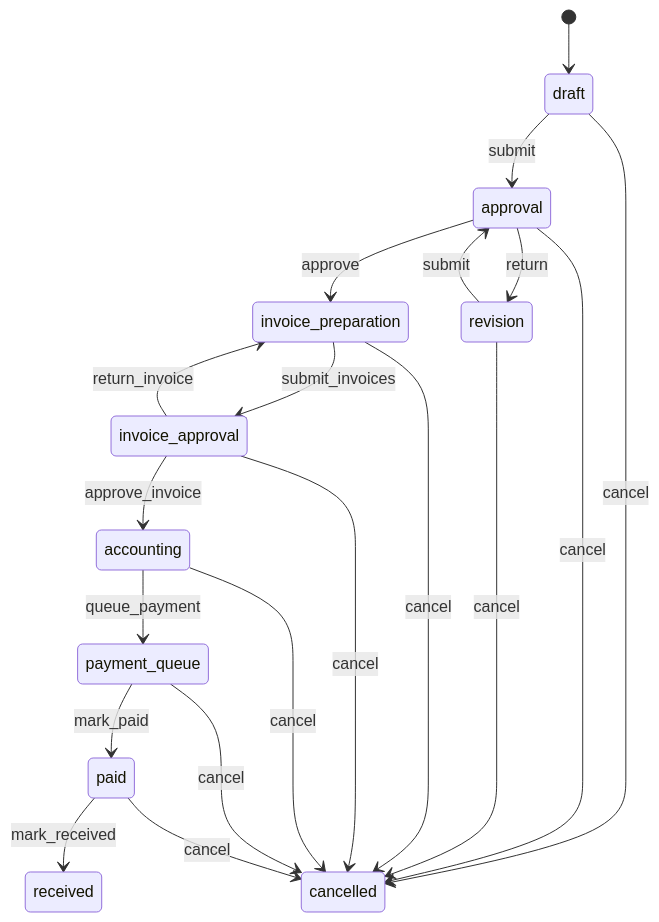
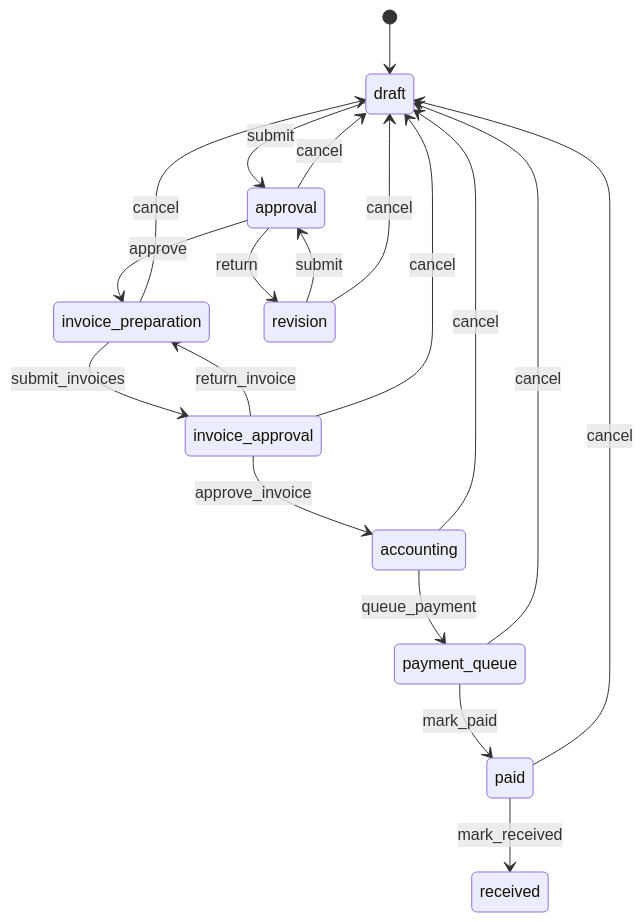
Before and after one commit to dimnok/projectgt: the diagram in docs/purchase_requests/purchase_requests_module.md, drawn with Mermaid. The commit also changed other lines of this file and 8 other files, not shown here.

````diff
--- a/docs/purchase_requests/purchase_requests_module.md
+++ b/docs/purchase_requests/purchase_requests_module.md
@@ -631,22 +632,21 @@
 ```mermaid
 stateDiagram-v2
     [*] --> draft
     draft --> approval: submit
     approval --> invoice_preparation: approve
     approval --> revision: return
     revision --> approval: submit
     invoice_preparation --> invoice_approval: submit_invoices
     invoice_approval --> accounting: approve_invoice
     invoice_approval --> invoice_preparation: return_invoice
     accounting --> payment_queue: queue_payment
     payment_queue --> paid: mark_paid
     paid --> received: mark_received
-    draft --> cancelled: cancel
-    approval --> cancelled: cancel
-    revision --> cancelled: cancel
-    invoice_preparation --> cancelled: cancel
-    invoice_approval --> cancelled: cancel
-    accounting --> cancelled: cancel
-    payment_queue --> cancelled: cancel
-    paid --> cancelled: cancel
+    approval --> draft: cancel
+    revision --> draft: cancel
+    invoice_preparation --> draft: cancel
+    invoice_approval --> draft: cancel
+    accounting --> draft: cancel
+    payment_queue --> draft: cancel
+    paid --> draft: cancel
 ```
````
